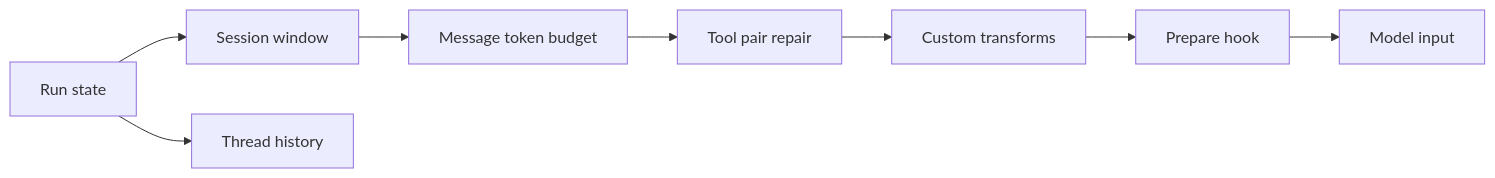
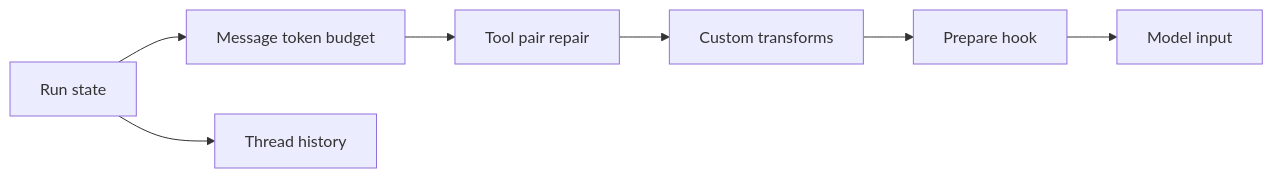
One commit to LunaY77/ello changed the diagram in docs/compact/request-message-trimming.md. Above: the diagram before and after it, drawn with Mermaid. The commit also changed other lines of this file and 454 other files, not shown here.

````diff
--- a/docs/compact/request-message-trimming.md
+++ b/docs/compact/request-message-trimming.md
@@ -19,10 +19,9 @@
 ```mermaid
 flowchart LR
-  S[Run state] --> W[Session window]
-  W --> B[Message token budget]
+  S[Run state] --> B[Message token budget]
   B --> P[Tool pair repair]
   P --> U[Custom transforms]
   U --> R[Prepare hook]
   R --> M[Model input]
   S --> H[Thread history]
 ```
````
